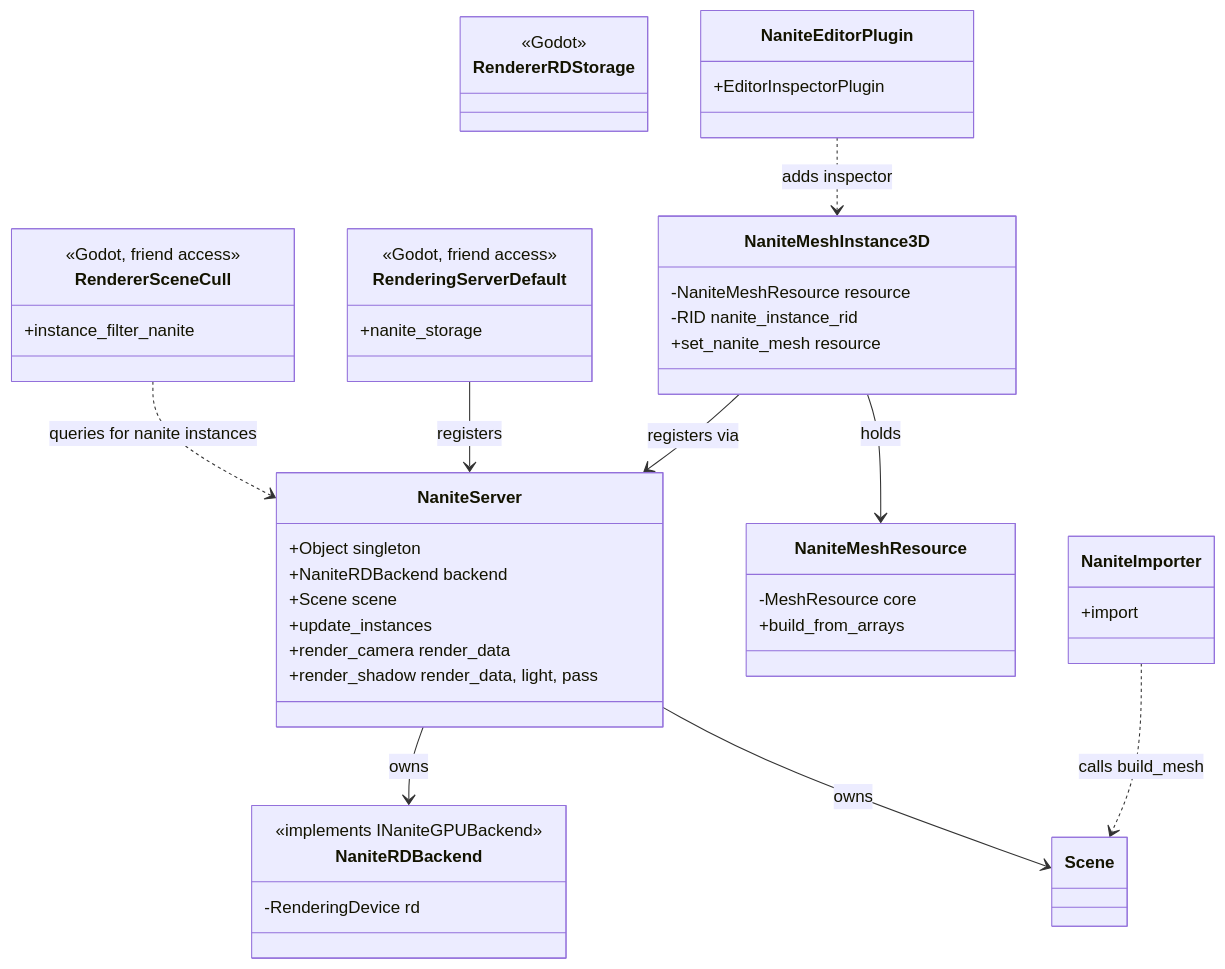
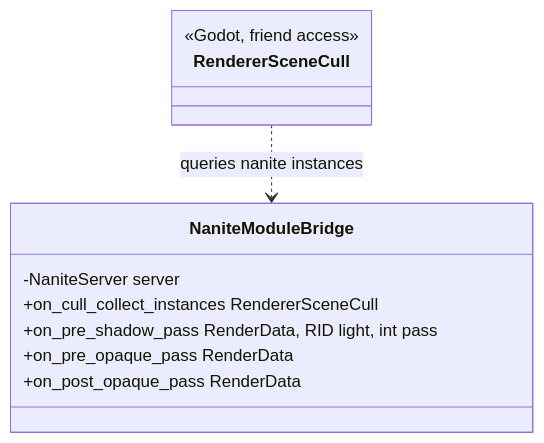
Diagram 27 of 30 in sourcecode_analysis/nanite-godot-design.md (alonecat06/godot), drawn with Mermaid before and after one commit. The commit also changed other lines of this file, not shown here.

First line of the commit message:
docs: redesign section 9 - Godot-dependent core + thin bridges

````diff
--- a/sourcecode_analysis/nanite-godot-design.md
+++ b/sourcecode_analysis/nanite-godot-design.md
@@ -2833,50 +2713,14 @@
 ```mermaid
 classDiagram
     class RendererSceneCull {
         <<Godot, friend access>>
-        +instance_filter_nanite
     }
-    class RenderingServerDefault {
-        <<Godot, friend access>>
-        +nanite_storage
+    class NaniteModuleBridge {
+        -NaniteServer server
+        +on_cull_collect_instances RendererSceneCull
+        +on_pre_shadow_pass RenderData, RID light, int pass
+        +on_pre_opaque_pass RenderData
+        +on_post_opaque_pass RenderData
     }
-    class RendererRDStorage {
-        <<Godot>>
-    }
-    class NaniteServer {
-        +Object singleton
-        +NaniteRDBackend backend
-        +Scene scene
-        +update_instances
-        +render_camera render_data
-        +render_shadow render_data, light, pass
-    }
-    class NaniteRDBackend {
-        <<implements INaniteGPUBackend>>
-        -RenderingDevice rd
-    }
-    class NaniteMeshInstance3D {
-        -NaniteMeshResource resource
-        -RID nanite_instance_rid
-        +set_nanite_mesh resource
-    }
-    class NaniteMeshResource {
-        -MeshResource core
-        +build_from_arrays
-    }
-    class NaniteImporter {
-        +import
-    }
-    class NaniteEditorPlugin {
-        +EditorInspectorPlugin
-    }
-
-    NaniteServer --> NaniteRDBackend : owns
-    NaniteServer --> Scene : owns
-    NaniteMeshInstance3D --> NaniteServer : registers via
-    NaniteMeshInstance3D --> NaniteMeshResource : holds
-    NaniteImporter ..> Scene : calls build_mesh
-    NaniteEditorPlugin ..> NaniteMeshInstance3D : adds inspector
-    RendererSceneCull ..> NaniteServer : queries for nanite instances
-    RenderingServerDefault --> NaniteServer : registers
+    RendererSceneCull ..> NaniteModuleBridge : queries nanite instances
 ```
````
